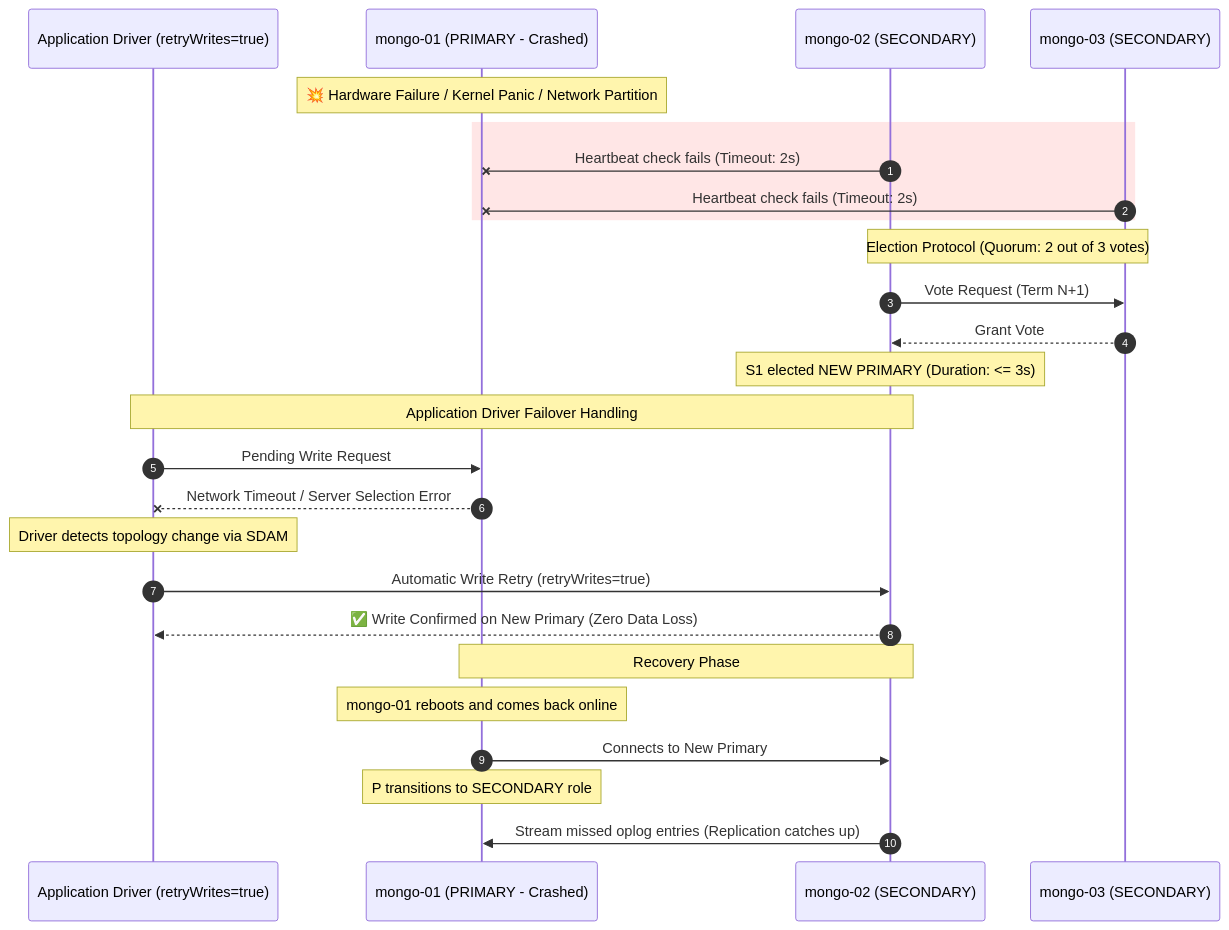
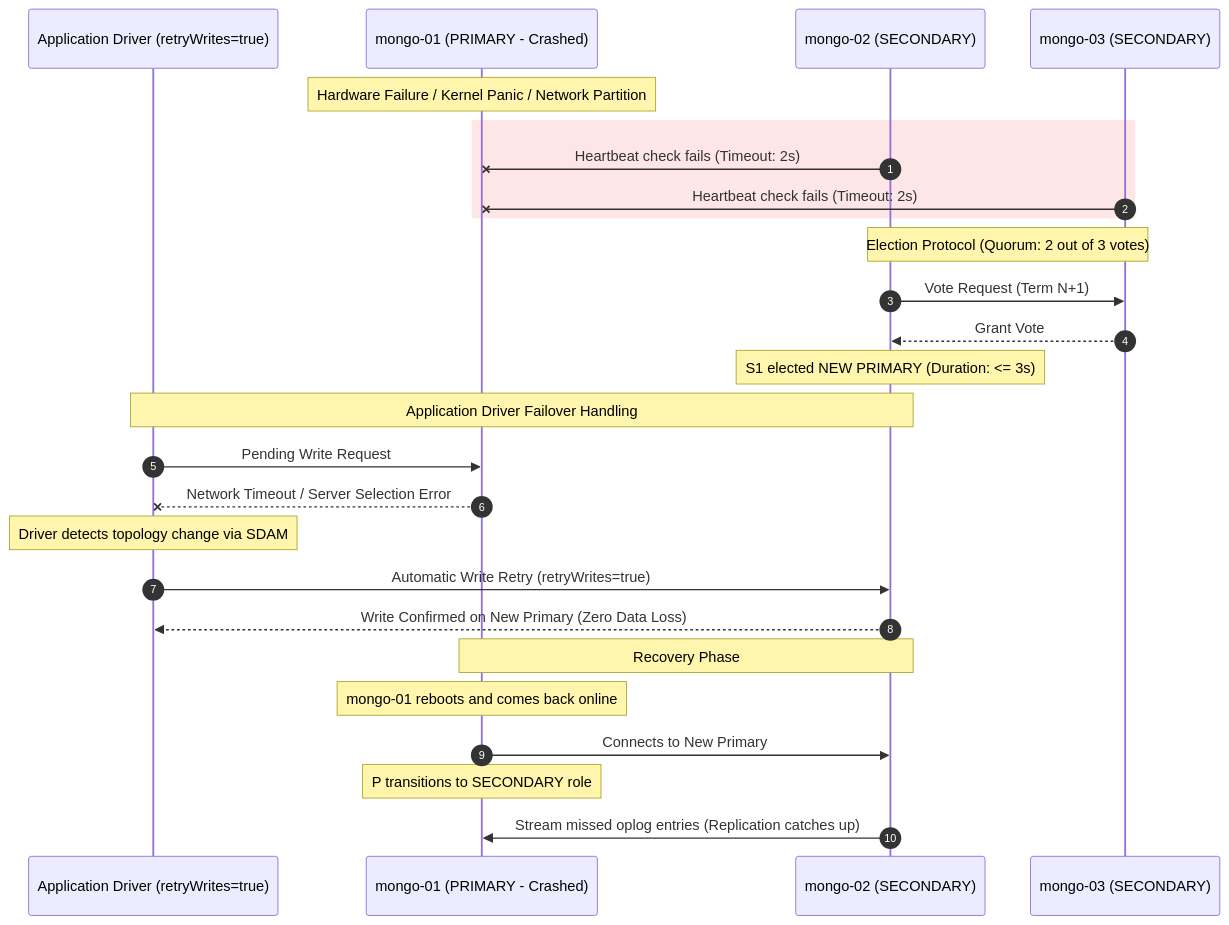
The third of 6 diagrams in mongodb-enterprise-cluster/README.md (fahimahammed/db-house), drawn with Mermaid before and after one commit. The commit also changed other lines of this file and 1 other file, not shown here.

Commit message:
feat: Update README to simplify system architecture section and replace diagram with image

````diff
--- a/mongodb-enterprise-cluster/README.md
+++ b/mongodb-enterprise-cluster/README.md
@@ -153,32 +93,32 @@
 ```mermaid
 sequenceDiagram
     autonumber
     participant App as Application Driver (retryWrites=true)
     participant P as mongo-01 (PRIMARY - Crashed)
     participant S1 as mongo-02 (SECONDARY)
     participant S2 as mongo-03 (SECONDARY)
 
-    Note over P: 💥 Hardware Failure / Kernel Panic / Network Partition
+    Note over P: Hardware Failure / Kernel Panic / Network Partition
     rect rgb(255, 230, 230)
     S1-xP: Heartbeat check fails (Timeout: 2s)
     S2-xP: Heartbeat check fails (Timeout: 2s)
     end
 
     Note over S1,S2: Election Protocol (Quorum: 2 out of 3 votes)
     S1->>S2: Vote Request (Term N+1)
     S2-->>S1: Grant Vote
     Note over S1: S1 elected NEW PRIMARY (Duration: <= 3s)
 
     Note over App,S1: Application Driver Failover Handling
     App->>P: Pending Write Request
     P--xApp: Network Timeout / Server Selection Error
     Note over App: Driver detects topology change via SDAM
     App->>S1: Automatic Write Retry (retryWrites=true)
-    S1-->>App: ✅ Write Confirmed on New Primary (Zero Data Loss)
+    S1-->>App: Write Confirmed on New Primary (Zero Data Loss)
 
     Note over P,S1: Recovery Phase
     Note over P: mongo-01 reboots and comes back online
     P->>S1: Connects to New Primary
     Note over P: P transitions to SECONDARY role
     S1->>P: Stream missed oplog entries (Replication catches up)
 ```
````
